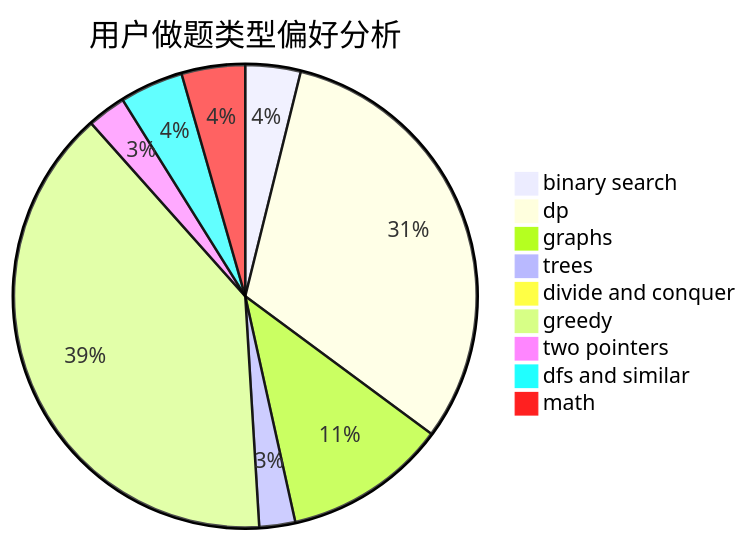
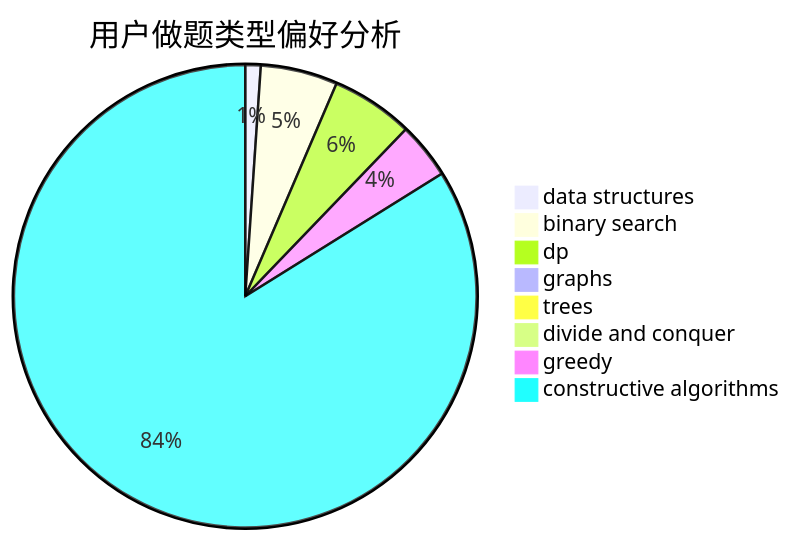
One commit to sherpahu/cfrs.github.io changed the second of 3 diagrams in docs/user/u2140.md. Above: the diagram before and after it, drawn with Mermaid. The commit also changed other lines of this file and 2775 other files, not shown here.

````diff
--- a/docs/user/u2140.md
+++ b/docs/user/u2140.md
@@ -23,12 +23,11 @@
 ```mermaid
 pie title 用户做题类型偏好分析
-    "binary search" :  20
-    "dp" :  162
-    "graphs" :  59
-    "trees" :  13
+    "data structures" :  3
+    "binary search" :  15
+    "dp" :  16
+    "graphs" :  0
+    "trees" :  0
     "divide and conquer" :  0
-    "greedy" :  204
-    "two pointers" :  14
-    "dfs and similar" :  23
-    "math" :  23
+    "greedy" :  11
+    "constructive algorithms" :  234
 ```
````
